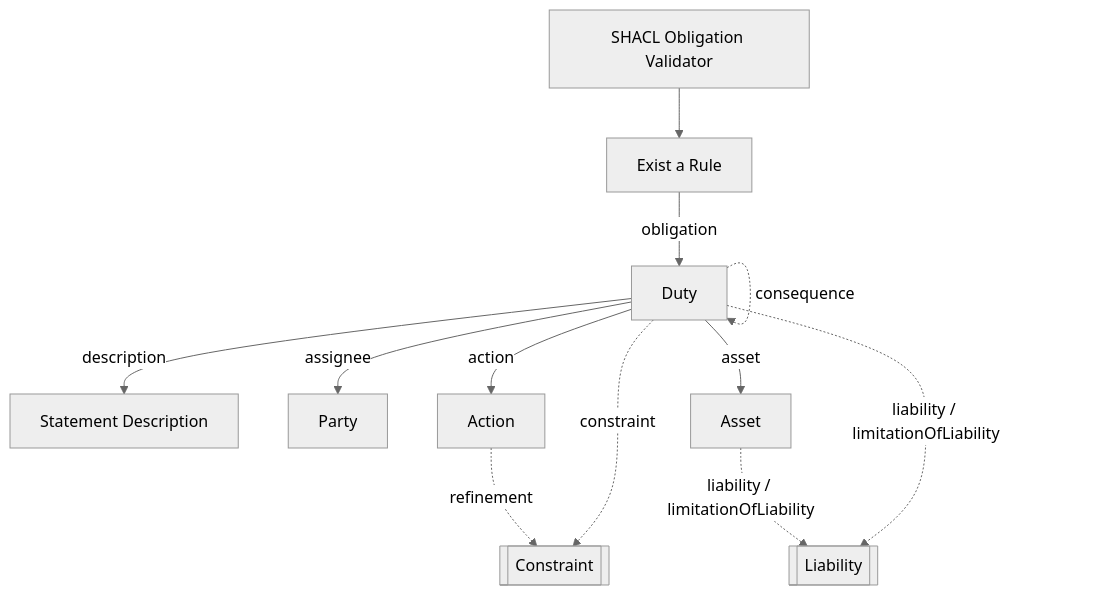
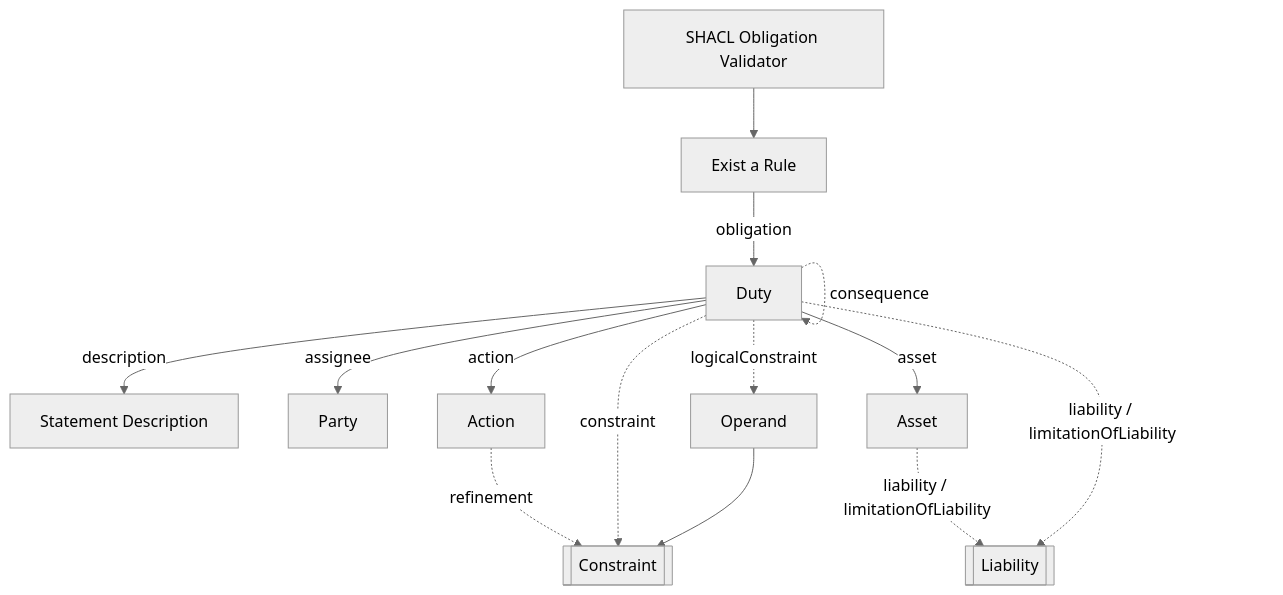
Before and after one commit to isa-group/tosl: the third of 7 diagrams in validator/README.md, drawn with Mermaid. The commit also changed other lines of this file and 6 other files, not shown here.

Commit message:
add logical constraint to the validator

````diff
--- a/validator/README.md
+++ b/validator/README.md
@@ -62,20 +65,21 @@
 ```mermaid 
 %%{ init: { "theme": "neutral" } }%%
 flowchart TD
 
     A[SHACL Obligation Validator] --> C[Exist a Rule]
     C -- obligation --> D[Duty]
     D -- description --> P[Statement Description]
 
     D -- assignee --> G[Party]
     D -- action --> H[Action]
     D -- asset --> I[Asset]
 
     I -. liability / limitationOfLiability .-> X[[Liability]]
 
     H -. refinement .-> J
     D -. constraint .-> J[[Constraint]]
+    D -. logicalConstraint .-> R[Operand]
+    R --> J
     D -. liability / limitationOfLiability .-> X
     D -. consequence .-> D
-
 ```
````
